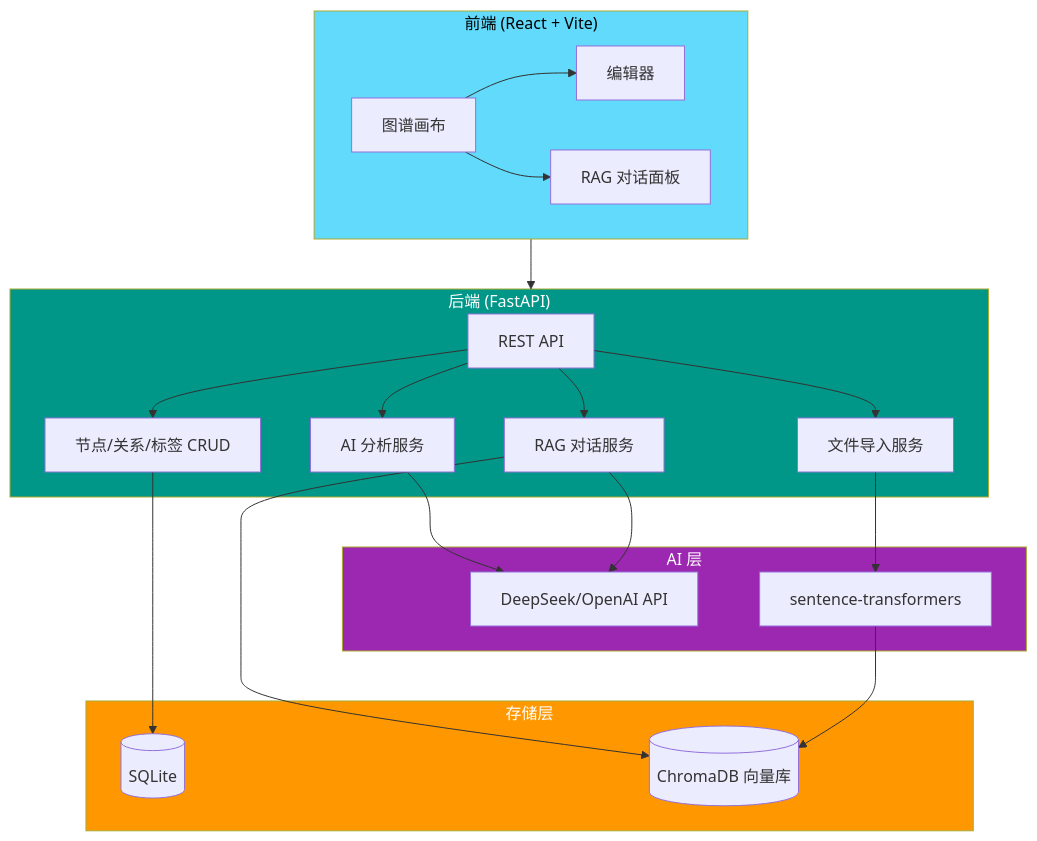
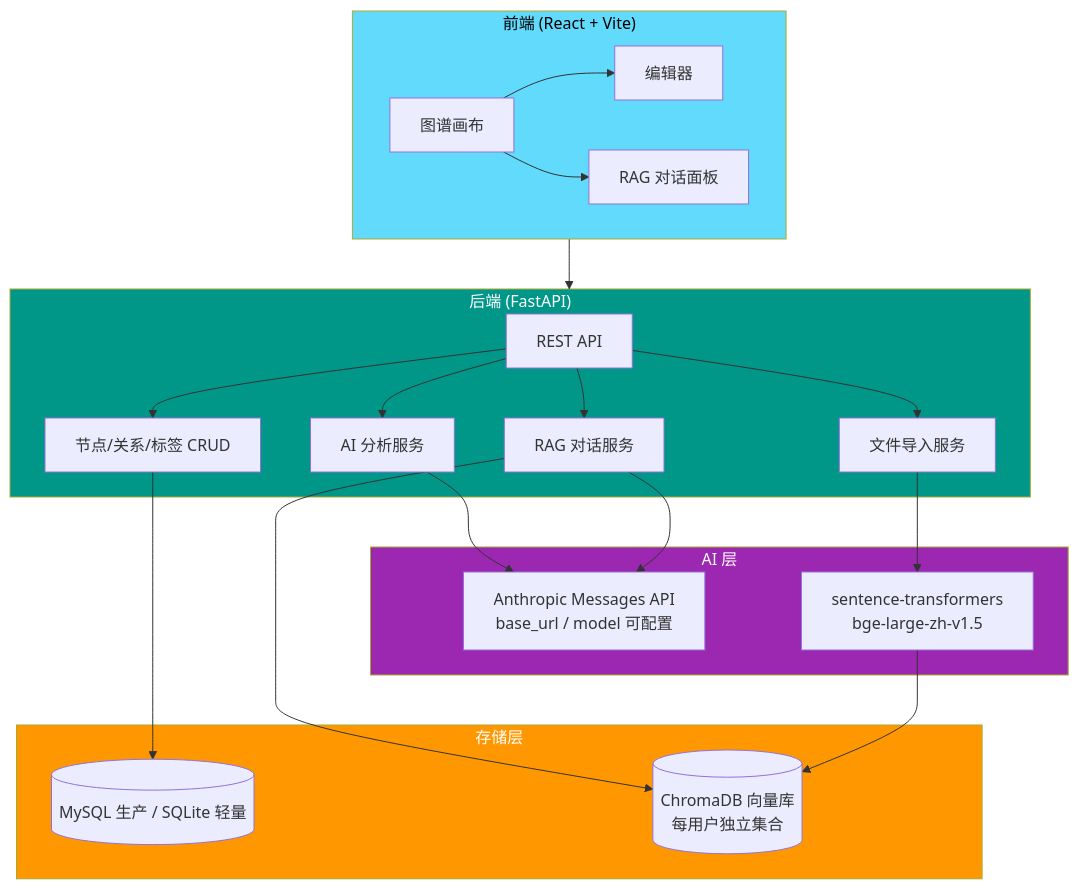
One commit to happiness-cheng/knowledge-base changed the diagram in README_zh.md. Above: the diagram before and after it, drawn with Mermaid. The commit also changed other lines of this file and 2 other files, not shown here.

````diff
--- a/README_zh.md
+++ b/README_zh.md
@@ -29,37 +77,37 @@
 ```mermaid
 graph TB
     subgraph Frontend["前端 (React + Vite)"]
         A[图谱画布] --> B[编辑器]
         A --> C[RAG 对话面板]
     end
 
     subgraph Backend["后端 (FastAPI)"]
         D[REST API] --> E[节点/关系/标签 CRUD]
         D --> F[AI 分析服务]
         D --> G[RAG 对话服务]
         D --> H[文件导入服务]
     end
 
     subgraph Storage["存储层"]
-        I[(SQLite)]
-        J[(ChromaDB 向量库)]
+        I[(MySQL 生产 / SQLite 轻量)]
+        J[(ChromaDB 向量库<br/>每用户独立集合)]
     end
 
     subgraph AI["AI 层"]
-        K[DeepSeek/OpenAI API]
-        L[sentence-transformers]
+        K[Anthropic Messages API<br/>base_url / model 可配置]
+        L[sentence-transformers<br/>bge-large-zh-v1.5]
     end
 
     Frontend --> Backend
     E --> I
     G --> J
     F --> K
     G --> K
     H --> L
     L --> J
 
     style Frontend fill:#61dafb,color:#000
     style Backend fill:#009688,color:#fff
     style Storage fill:#ff9800,color:#fff
     style AI fill:#9c27b0,color:#fff
 ```
````
